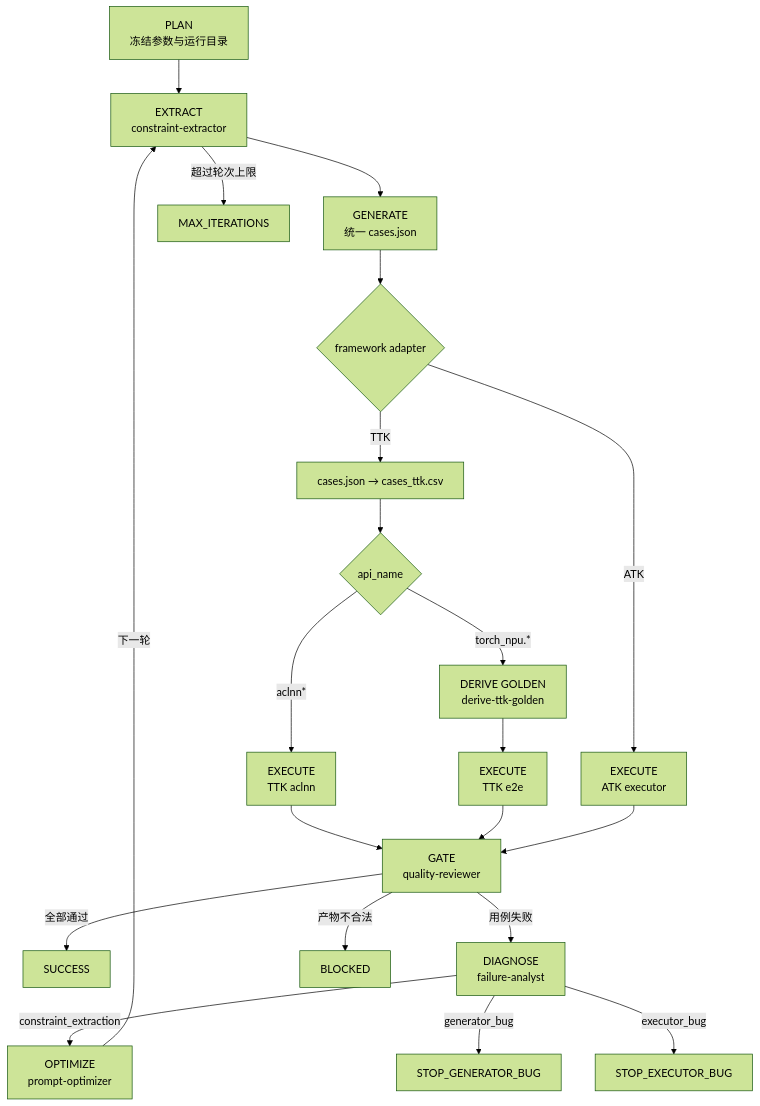
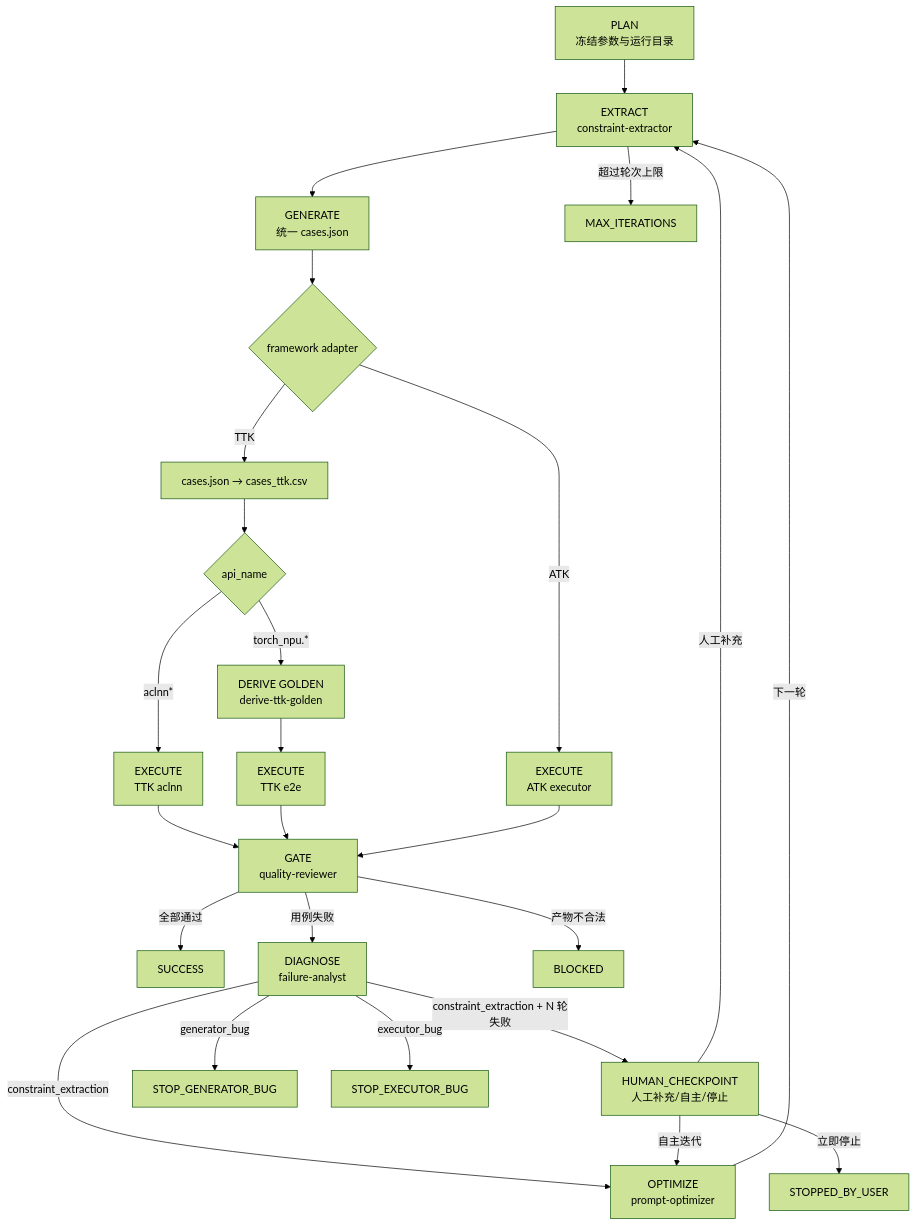
One commit to 564239493/operator-common-iterator-claude changed the diagram in docs/WORKFLOW.md. Above: the diagram before and after it, drawn with Mermaid (forest theme). The commit also changed other lines of this file and 5 other files, not shown here.

````diff
--- a/docs/WORKFLOW.md
+++ b/docs/WORKFLOW.md
@@ -47,23 +47,27 @@
 ```mermaid
 flowchart TD
     P["PLAN<br/>冻结参数与运行目录"] --> E["EXTRACT<br/>constraint-extractor"]
     E --> G["GENERATE<br/>统一 cases.json"]
     G --> A{"framework adapter"}
     A -->|ATK| X["EXECUTE<br/>ATK executor"]
     A -->|TTK| C["cases.json → cases_ttk.csv"]
     C --> TM{"api_name"}
     TM -->|"aclnn*"| XA["EXECUTE<br/>TTK aclnn"]
     TM -->|"torch_npu.*"| R["DERIVE GOLDEN<br/>derive-ttk-golden"]
     R --> X2["EXECUTE<br/>TTK e2e"]
     XA --> Q
     X2 --> Q
     X --> Q["GATE<br/>quality-reviewer"]
     Q -->|全部通过| S["SUCCESS"]
     Q -->|用例失败| D["DIAGNOSE<br/>failure-analyst"]
     Q -->|产物不合法| B["BLOCKED"]
     D -->|constraint_extraction| O["OPTIMIZE<br/>prompt-optimizer"]
     O -->|下一轮| E
+    D -->|constraint_extraction + N 轮失败| HC["HUMAN_CHECKPOINT<br/>人工补充/自主/停止"]
+    HC -->|人工补充| E
+    HC -->|自主迭代| O
+    HC -->|立即停止| SU["STOPPED_BY_USER"]
     D -->|generator_bug| GB["STOP_GENERATOR_BUG"]
     D -->|executor_bug| EB["STOP_EXECUTOR_BUG"]
     E -->|超过轮次上限| M["MAX_ITERATIONS"]
 ```
````
